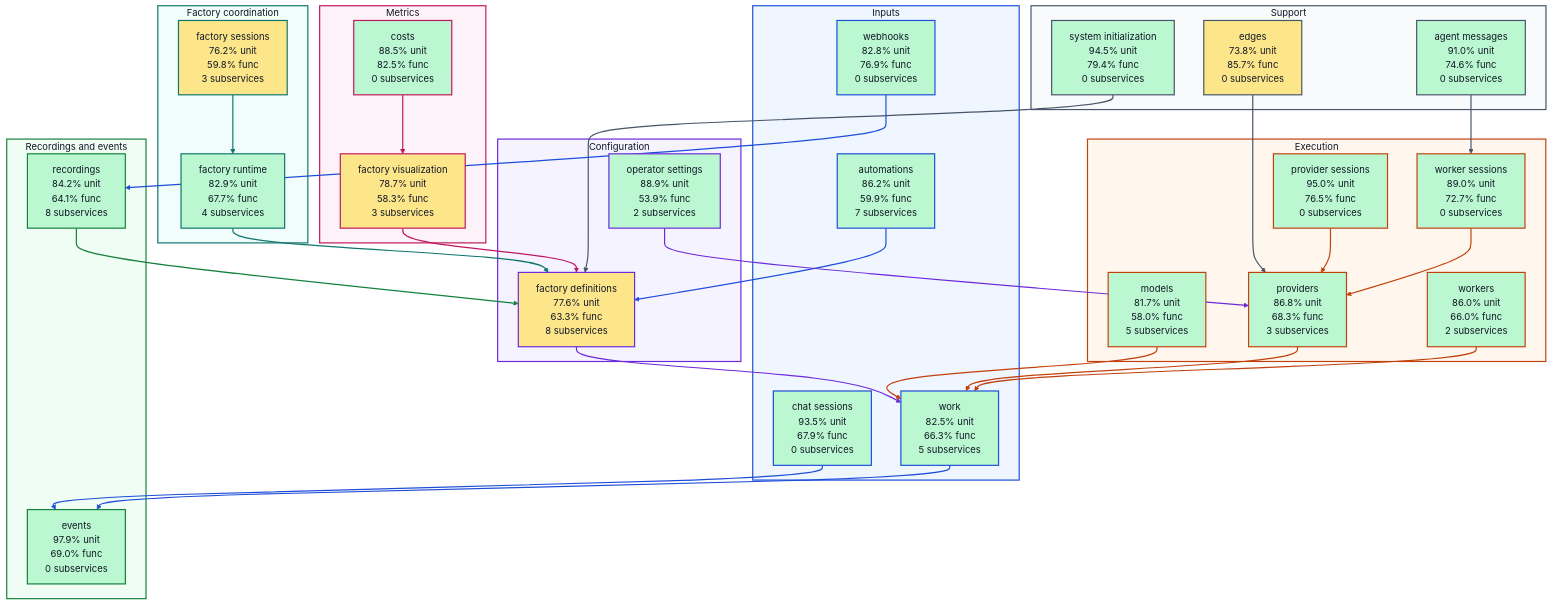
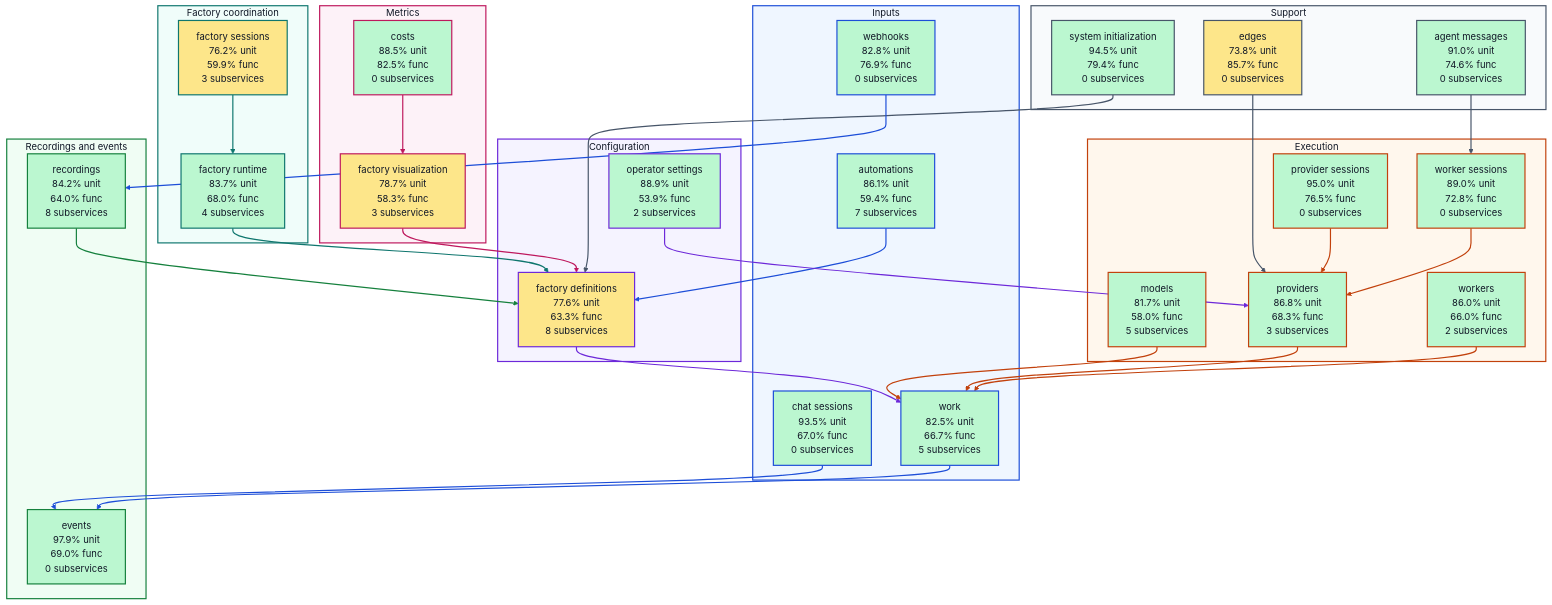
One commit to portpowered/you-agent-factory changed the diagram in docs/architecture/visualizations/high-level-test-coverage.md. Above: the diagram before and after it, drawn with Mermaid. The commit also changed other lines of this file and 21 other files, not shown here.

Commit message:
docs: refresh backend architecture visualizations

````diff
--- a/docs/architecture/visualizations/high-level-test-coverage.md
+++ b/docs/architecture/visualizations/high-level-test-coverage.md
@@ -11,29 +11,29 @@
 ```mermaid
 flowchart TB
   subgraph input["Inputs"]
-    s_services_automations["automations<br/>86.2% unit<br/>59.9% func<br/>7 subservices"]
-    s_services_chat_sessions["chat sessions<br/>93.5% unit<br/>67.9% func<br/>0 subservices"]
+    s_services_automations["automations<br/>86.1% unit<br/>59.4% func<br/>7 subservices"]
+    s_services_chat_sessions["chat sessions<br/>93.5% unit<br/>67.0% func<br/>0 subservices"]
     s_services_webhooks["webhooks<br/>82.8% unit<br/>76.9% func<br/>0 subservices"]
-    s_services_work["work<br/>82.5% unit<br/>66.3% func<br/>5 subservices"]
+    s_services_work["work<br/>82.5% unit<br/>66.7% func<br/>5 subservices"]
   end
   subgraph configuration["Configuration"]
     s_services_factory_definitions["factory definitions<br/>77.6% unit<br/>63.3% func<br/>8 subservices"]
     s_services_operator_settings["operator settings<br/>88.9% unit<br/>53.9% func<br/>2 subservices"]
   end
   subgraph coordination["Factory coordination"]
-    s_services_factory_runtime["factory runtime<br/>82.9% unit<br/>67.7% func<br/>4 subservices"]
-    s_services_factory_sessions["factory sessions<br/>76.2% unit<br/>59.8% func<br/>3 subservices"]
+    s_services_factory_runtime["factory runtime<br/>83.7% unit<br/>68.0% func<br/>4 subservices"]
+    s_services_factory_sessions["factory sessions<br/>76.2% unit<br/>59.9% func<br/>3 subservices"]
   end
   subgraph execution["Execution"]
     s_services_models["models<br/>81.7% unit<br/>58.0% func<br/>5 subservices"]
     s_services_provider_sessions["provider sessions<br/>95.0% unit<br/>76.5% func<br/>0 subservices"]
     s_services_providers["providers<br/>86.8% unit<br/>68.3% func<br/>3 subservices"]
-    s_services_worker_sessions["worker sessions<br/>89.0% unit<br/>72.7% func<br/>0 subservices"]
+    s_services_worker_sessions["worker sessions<br/>89.0% unit<br/>72.8% func<br/>0 subservices"]
     s_services_workers["workers<br/>86.0% unit<br/>66.0% func<br/>2 subservices"]
   end
   subgraph recordings["Recordings and events"]
     s_services_events["events<br/>97.9% unit<br/>69.0% func<br/>0 subservices"]
-    s_services_recordings["recordings<br/>84.2% unit<br/>64.1% func<br/>8 subservices"]
+    s_services_recordings["recordings<br/>84.2% unit<br/>64.0% func<br/>8 subservices"]
   end
   subgraph metrics["Metrics"]
     s_services_costs["costs<br/>88.5% unit<br/>82.5% func<br/>0 subservices"]
````
